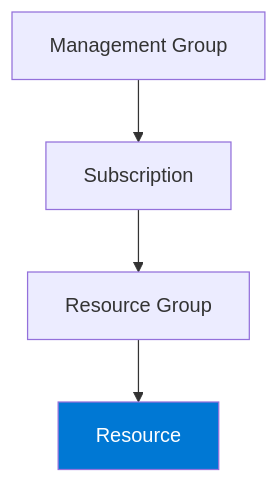
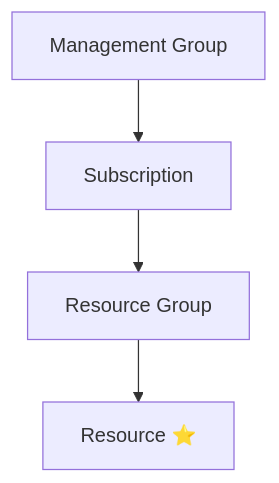
The diagram in docs/02-azure-architecture/9-resources.md (zhyordanova/azure-fundamentals-handbook), drawn with Mermaid before and after one commit. The commit also changed 4 other files, not shown here.

Commit message:
chore: add and fix diagrams

````diff
--- a/docs/02-azure-architecture/9-resources.md
+++ b/docs/02-azure-architecture/9-resources.md
@@ -30,13 +30,9 @@
 ```mermaid
 flowchart TD
-    MG[Management Group]
-    SUB[Subscription]
-    RG[Resource Group]
-    RES[Resource]
+    MG["Management Group"]
+    SUB["Subscription"]
+    RG["Resource Group"]
+    RES["Resource ⭐"]
 
-    MG --> SUB
-    SUB --> RG
-    RG --> RES
-
-    style RES fill:#0078D4,color:#ffffff
+    MG --> SUB --> RG --> RES
 ```
````
